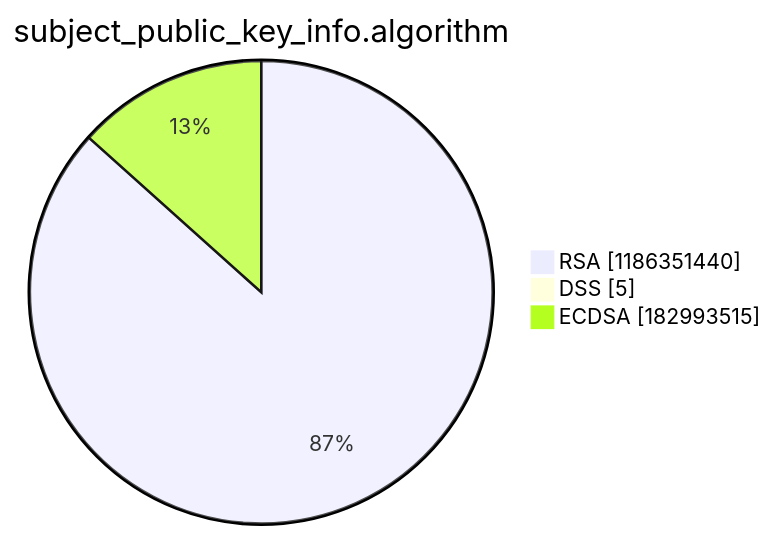
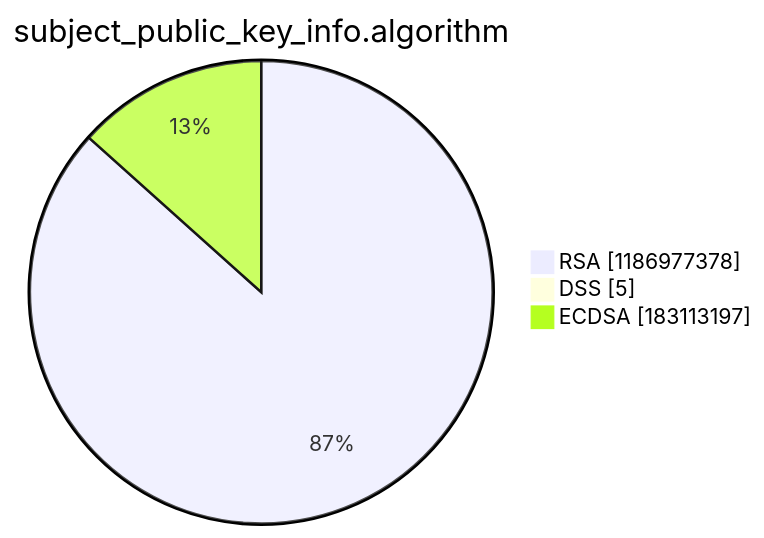
One commit to christiankrug/ctmonitor_visualization changed the third of 15 diagrams in argon2022/README.md. Above: the diagram before and after it, drawn with Mermaid. The commit also changed other lines of this file, not shown here.

````diff
--- a/argon2022/README.md
+++ b/argon2022/README.md
@@ -14,7 +14,7 @@
 ```mermaid
 pie showData
 title subject_public_key_info.algorithm
-"RSA" :1186351440
+"RSA" :1186977378
 "DSS" :5
-"ECDSA" :182993515
+"ECDSA" :183113197
 ```
````
